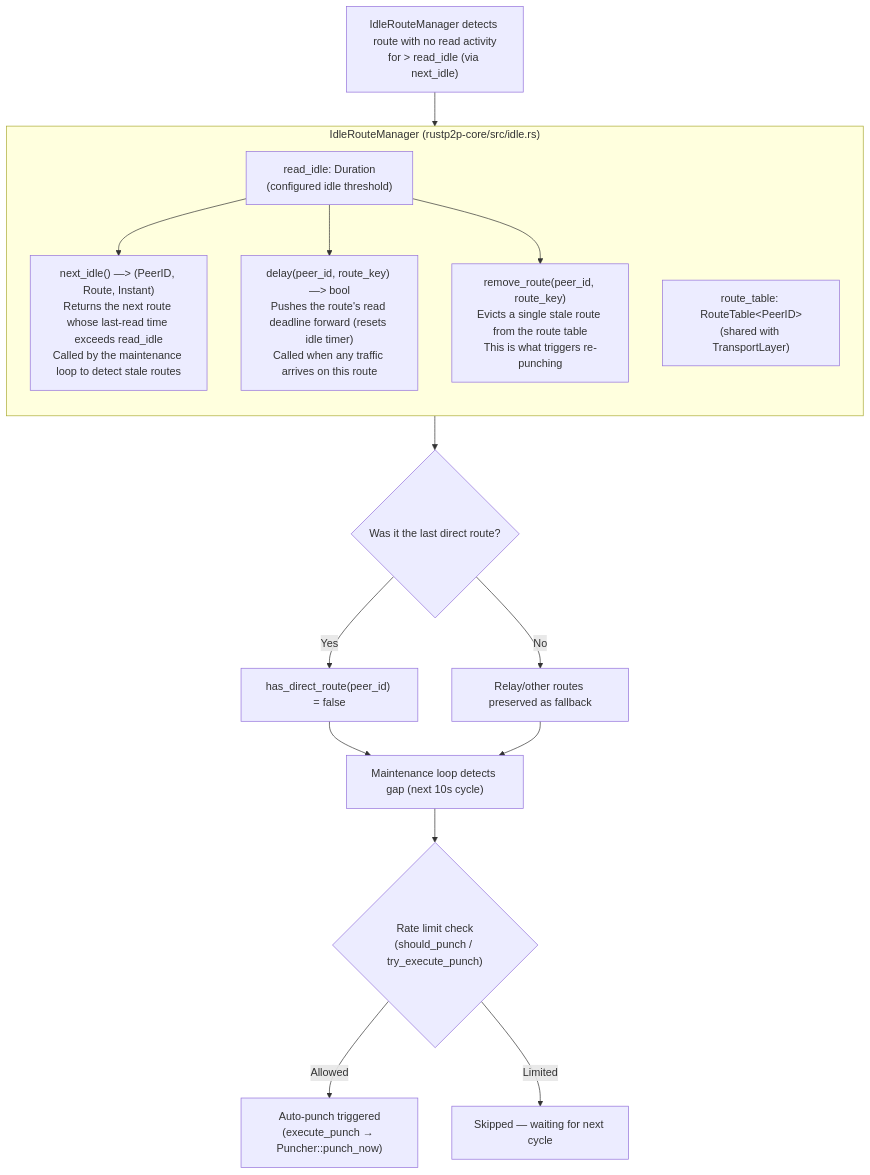
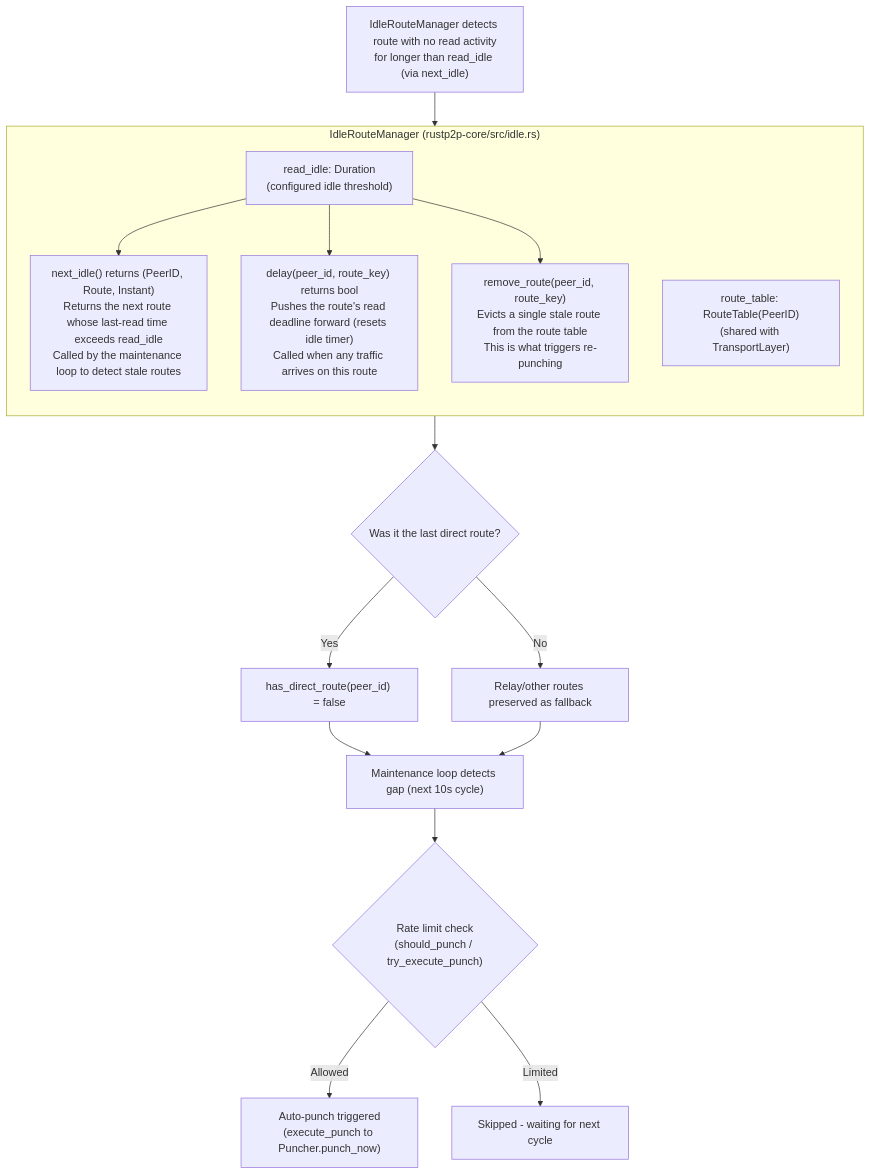
Before and after one commit to rustp2p/rustp2p: diagram 22 of 27 in docs/nat-punch-principles.md, drawn with Mermaid. The commit also changed other lines of this file, not shown here.

First line of the commit message:
docs: 修正 nat-punch-principles 中 Mermaid 连线语法渲染错误 (#24)

````diff
--- a/docs/nat-punch-principles.md
+++ b/docs/nat-punch-principles.md
@@ -759,27 +759,27 @@
 ```mermaid
 flowchart TD
     subgraph IRM["IdleRouteManager (rustp2p-core/src/idle.rs)"]
         direction TB
         RI["read_idle: Duration<br/>(configured idle threshold)"]
-        RT["route_table: RouteTable&lt;PeerID&gt;<br/>(shared with TransportLayer)"]
-        NI["next_idle() —&gt; (PeerID, Route, Instant)<br/>Returns the next route whose last-read time exceeds read_idle<br/>Called by the maintenance loop to detect stale routes"]
-        DL["delay(peer_id, route_key) —&gt; bool<br/>Pushes the route's read deadline forward (resets idle timer)<br/>Called when any traffic arrives on this route"]
+        RT["route_table: RouteTable(PeerID)<br/>(shared with TransportLayer)"]
+        NI["next_idle() returns (PeerID, Route, Instant)<br/>Returns the next route whose last-read time exceeds read_idle<br/>Called by the maintenance loop to detect stale routes"]
+        DL["delay(peer_id, route_key) returns bool<br/>Pushes the route's read deadline forward (resets idle timer)<br/>Called when any traffic arrives on this route"]
         RM["remove_route(peer_id, route_key)<br/>Evicts a single stale route from the route table<br/>This is what triggers re-punching"]
         RI --> NI
         RI --> DL
         RI --> RM
     end
 
-    IDLE["IdleRouteManager detects route with no read activity<br/>for &gt; read_idle (via next_idle)"]
+    IDLE["IdleRouteManager detects route with no read activity<br/>for longer than read_idle (via next_idle)"]
     IDLE --> RM
 
     CHECK{"Was it the last direct route?"}
     RM --> CHECK
     CHECK -->|"Yes"| GD["has_direct_route(peer_id) = false"]
     CHECK -->|"No"| PRES["Relay/other routes preserved as fallback"]
     GD --> MAINT["Maintenance loop detects gap (next 10s cycle)"]
     MAINT --> RATE{"Rate limit check<br/>(should_punch / try_execute_punch)"}
-    RATE -->|"Allowed"| PUNCH["Auto-punch triggered<br/>(execute_punch → Puncher::punch_now)"]
-    RATE -->|"Limited"| SKIP["Skipped — waiting for next cycle"]
+    RATE -->|"Allowed"| PUNCH["Auto-punch triggered<br/>(execute_punch to Puncher.punch_now)"]
+    RATE -->|"Limited"| SKIP["Skipped - waiting for next cycle"]
     PRES --> MAINT
 ```
````
